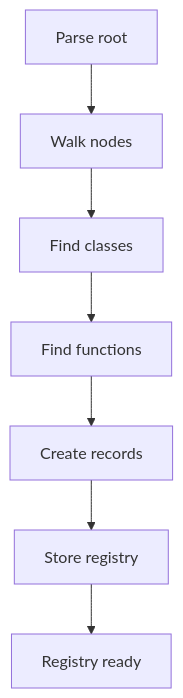
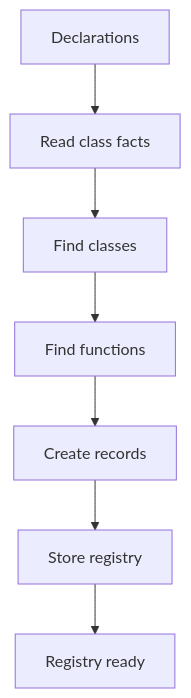
One commit to JohnAndrewBalbarosa/NeoTerritory changed the first of 5 diagrams in docs/Codebase/Microservice/Modules/Source/Analysis/Patterns/Middleman/Registry/pattern_registry.cpp.md. Above: the diagram before and after it, drawn with Mermaid. The commit also changed other lines of this file and 182 other files, not shown here.

````diff
--- a/docs/Codebase/Microservice/Modules/Source/Analysis/Patterns/Middleman/Registry/pattern_registry.cpp.md
+++ b/docs/Codebase/Microservice/Modules/Source/Analysis/Patterns/Middleman/Registry/pattern_registry.cpp.md
@@ -10,16 +10,16 @@
 ```mermaid
 flowchart TD
-    Start["Parse root"]
-    N0["Walk nodes"]
+    Start["Declarations"]
+    N0["Read class facts"]
     N1["Find classes"]
     N2["Find functions"]
     N3["Create records"]
     N4["Store registry"]
     End["Registry ready"]
     Start --> N0
     N0 --> N1
     N1 --> N2
     N2 --> N3
     N3 --> N4
     N4 --> End
 ```
````
